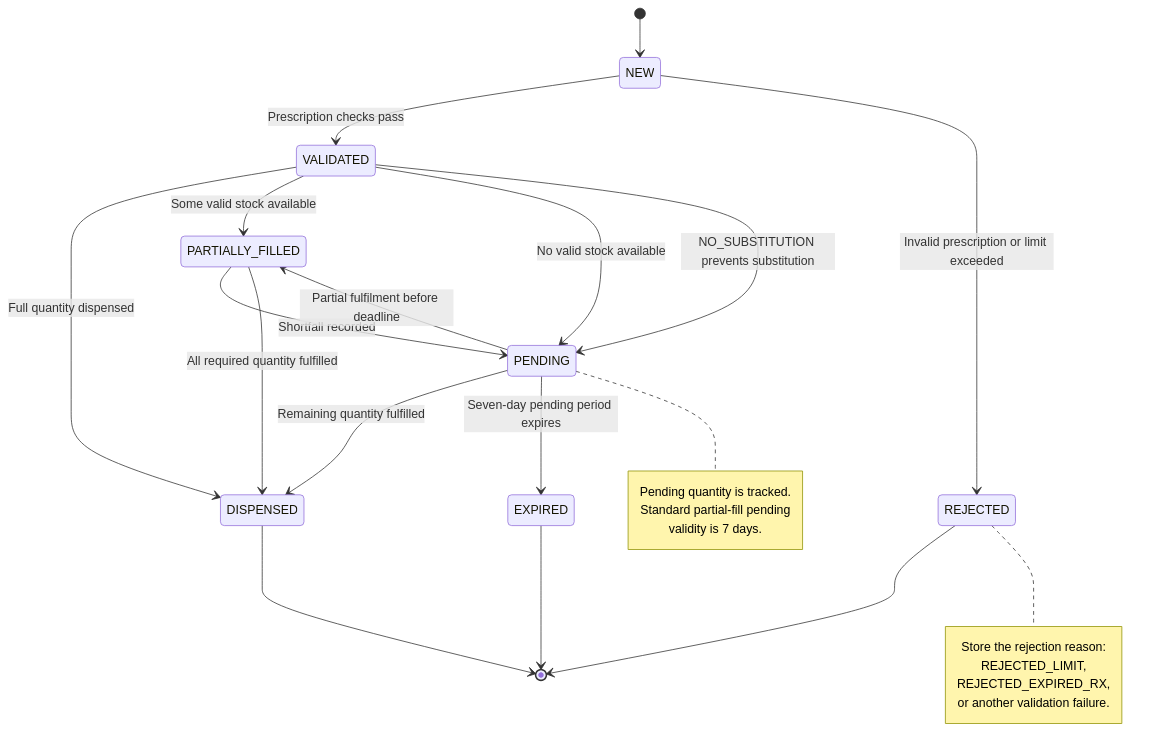
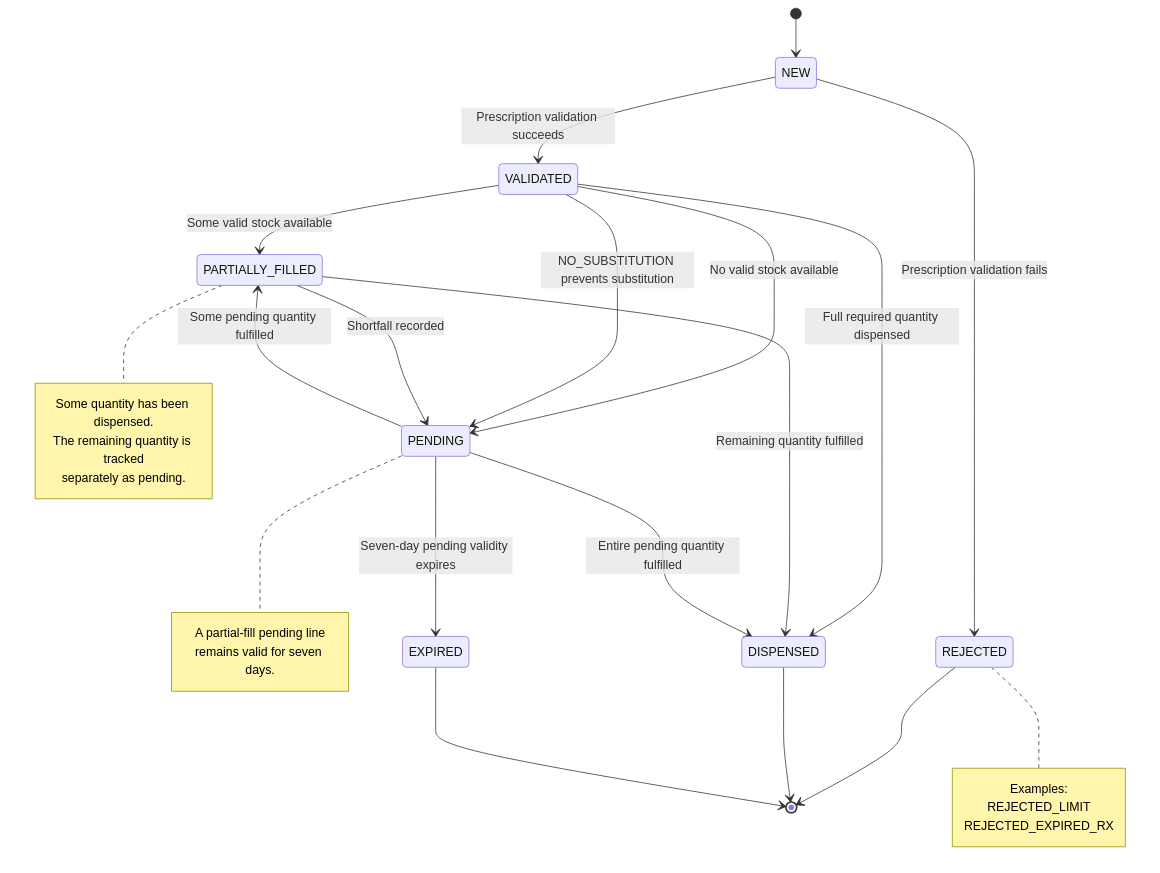
Before and after one commit to karthikeyaA06/T068-PS-061: the second of 2 diagrams in docs/diagrams/state_diagrams.md, drawn with Mermaid. The commit also changed other lines of this file, not shown here.

Commit message:
Finalize PS-061 state and class diagrams

````diff
--- a/docs/diagrams/state_diagrams.md
+++ b/docs/diagrams/state_diagrams.md
@@ -64,43 +72,47 @@
 ```mermaid
 stateDiagram-v2
     [*] --> NEW
 
-    NEW --> VALIDATED: Prescription checks pass
+    NEW --> REJECTED: Prescription validation fails
 
-    NEW --> REJECTED: Invalid prescription or limit exceeded
+    NEW --> VALIDATED: Prescription validation succeeds
 
-    VALIDATED --> DISPENSED: Full quantity dispensed
+    VALIDATED --> DISPENSED: Full required quantity dispensed
 
     VALIDATED --> PARTIALLY_FILLED: Some valid stock available
 
     VALIDATED --> PENDING: No valid stock available
 
     VALIDATED --> PENDING: NO_SUBSTITUTION prevents substitution
 
+    PARTIALLY_FILLED --> DISPENSED: Remaining quantity fulfilled
+
     PARTIALLY_FILLED --> PENDING: Shortfall recorded
 
-    PENDING --> PARTIALLY_FILLED: Partial fulfilment before deadline
+    PENDING --> PARTIALLY_FILLED: Some pending quantity fulfilled
 
-    PARTIALLY_FILLED --> DISPENSED: All required quantity fulfilled
+    PENDING --> DISPENSED: Entire pending quantity fulfilled
 
-    PENDING --> DISPENSED: Remaining quantity fulfilled
-
-    PENDING --> EXPIRED: Seven-day pending period expires
+    PENDING --> EXPIRED: Seven-day pending validity expires
 
     REJECTED --> [*]
     DISPENSED --> [*]
     EXPIRED --> [*]
 
+    note right of PARTIALLY_FILLED
+        Some quantity has been dispensed.
+        The remaining quantity is tracked
+        separately as pending.
+    end note
+
     note right of PENDING
-      Pending quantity is tracked.
-      Standard partial-fill pending
-      validity is 7 days.
+        A partial-fill pending line
+        remains valid for seven days.
     end note
 
     note right of REJECTED
-      Store the rejection reason:
-      REJECTED_LIMIT,
-      REJECTED_EXPIRED_RX,
-      or another validation failure.
+        Examples:
+        REJECTED_LIMIT
+        REJECTED_EXPIRED_RX
     end note
 ```
````
